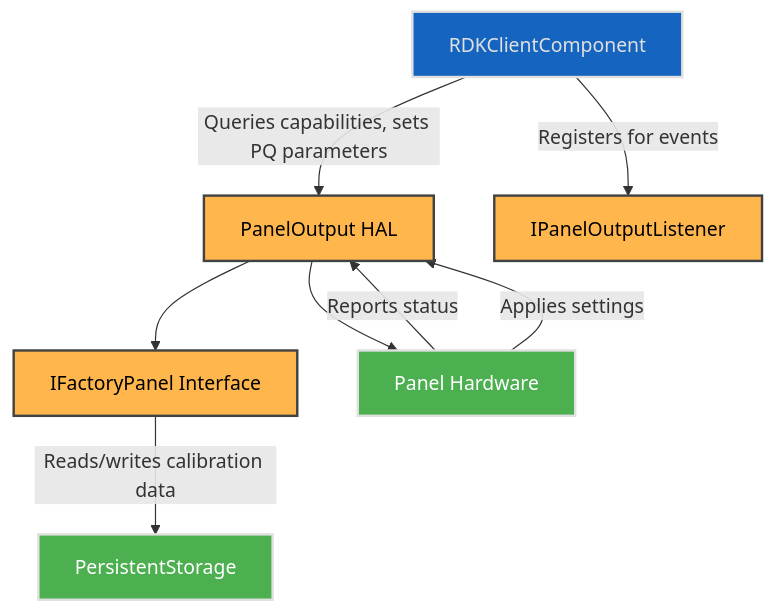
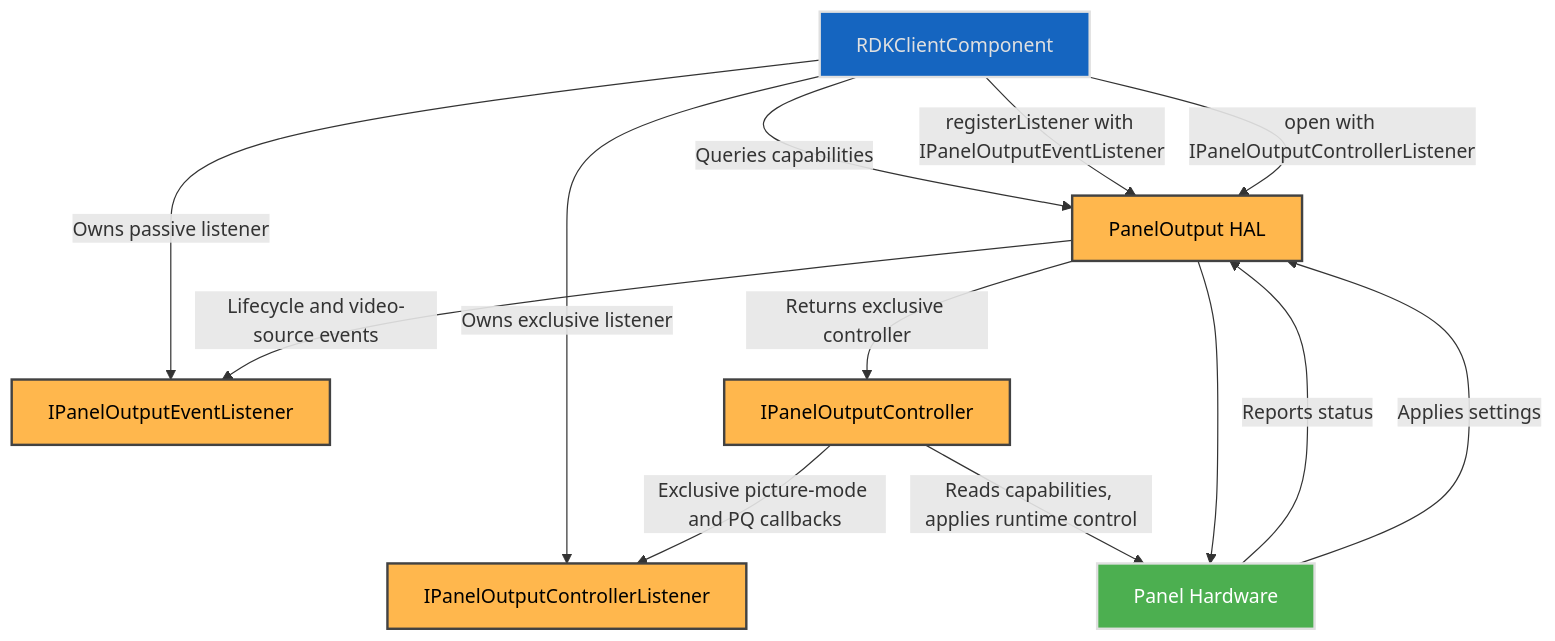
The first of 2 diagrams in panel/current/docs/panel.md (rdkcentral/rdk-halif-aidl), drawn with Mermaid before and after one commit. The commit also changed other lines of this file and 27 other files, not shown here.

First line of the commit message:
Update #516: Panel HAL parity with TVSettings

````diff
--- a/panel/current/docs/panel.md
+++ b/panel/current/docs/panel.md
@@ -105,25 +115,30 @@
 ```mermaid
 flowchart TD
-  RDKClientComponent -->|Queries capabilities, sets PQ parameters| PanelOutput[PanelOutput HAL]
-  RDKClientComponent -->|Registers for events| Listener[IPanelOutputListener]
-  PanelOutput --> Factory[IFactoryPanel Interface]
-  Factory -->|Reads/writes calibration data| PersistentStorage
+  RDKClientComponent -->|Queries capabilities| PanelOutput[PanelOutput HAL]
+  RDKClientComponent -->|registerListener with IPanelOutputEventListener| PanelOutput
+  RDKClientComponent -->|open with IPanelOutputControllerListener| PanelOutput
+  RDKClientComponent -->|Owns passive listener| Listener[IPanelOutputEventListener]
+  RDKClientComponent -->|Owns exclusive listener| ControllerListener[IPanelOutputControllerListener]
+  PanelOutput -->|Returns exclusive controller| Controller[IPanelOutputController]
+  PanelOutput -->|Lifecycle and video-source events| Listener
+  Controller -->|Exclusive picture-mode and PQ callbacks| ControllerListener
+  Controller -->|Reads capabilities, applies runtime control| Hardware
   PanelOutput --> Hardware[Panel Hardware]
   Hardware -->|Reports status| PanelOutput
   Hardware -->|Applies settings| PanelOutput
 
   classDef background fill:#121212,stroke:none,color:#E0E0E0;
   classDef blue fill:#1565C0,stroke:#E0E0E0,stroke-width:2px,color:#E0E0E0;
   classDef lightGrey fill:#616161,stroke:#E0E0E0,stroke-width:2px,color:#FFFFFF;
   classDef wheat fill:#FFB74D,stroke:#424242,stroke-width:2px,color:#000000;
   classDef green fill:#4CAF50,stroke:#E0E0E0,stroke-width:2px,color:#FFFFFF;
   classDef default fill:#1E1E1E,stroke:#E0E0E0,stroke-width:1px,color:#E0E0E0;
 
   RDKClientComponent:::blue
   PanelOutput:::wheat
   Listener:::wheat
-  Factory:::wheat
+  Controller:::wheat
+  ControllerListener:::wheat
   Hardware:::green
-  PersistentStorage:::green
 
 ```
````
